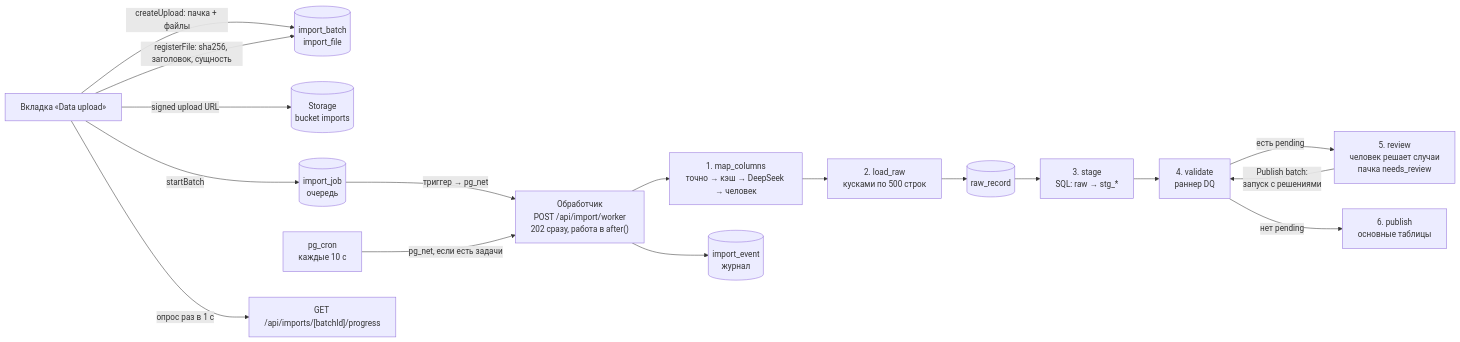
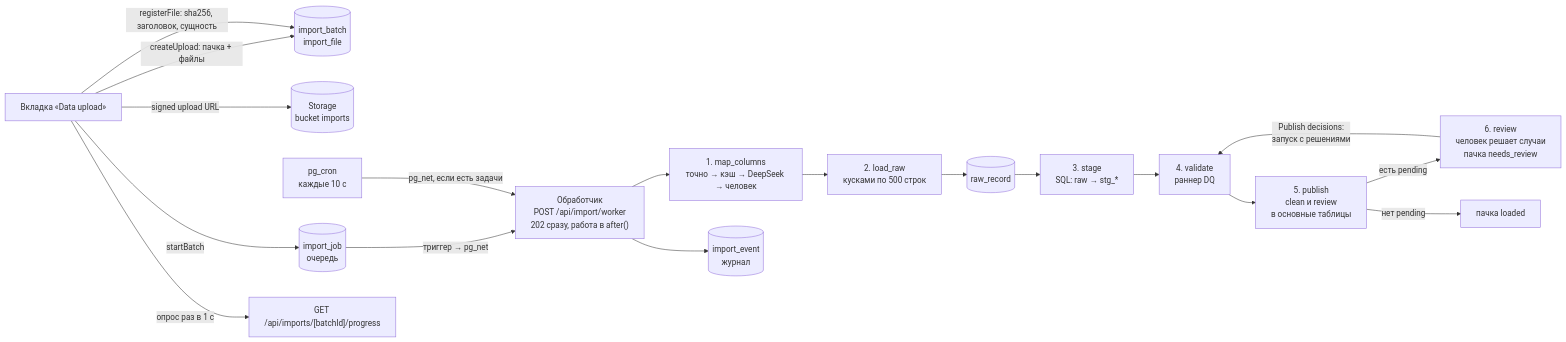
One commit to ProjectINT/business-system changed the diagram in docs/IMPORT_PLAN.md. Above: the diagram before and after it, drawn with Mermaid. The commit also changed other lines of this file and 24 other files, not shown here.

First line of the commit message:
🗃️ Init database schema

````diff
--- a/docs/IMPORT_PLAN.md
+++ b/docs/IMPORT_PLAN.md
@@ -33,19 +34,20 @@
 ```mermaid
 flowchart LR
   UI["Вкладка «Data upload»"] -->|"createUpload: пачка + файлы"| F[("import_batch<br/>import_file")]
   UI -->|"signed upload URL"| ST[("Storage<br/>bucket imports")]
   UI -->|"registerFile: sha256, заголовок, сущность"| F
   UI -->|"startBatch"| J[("import_job<br/>очередь")]
   J -->|"триггер → pg_net"| W["Обработчик<br/>POST /api/import/worker<br/>202 сразу, работа в after()"]
   CRON["pg_cron<br/>каждые 10 с"] -->|"pg_net, если есть задачи"| W
   W --> MAP["1. map_columns<br/>точно → кэш → DeepSeek → человек"]
   MAP --> RAW["2. load_raw<br/>кусками по 500 строк"]
   RAW --> RR[("raw_record")]
   RR --> STG["3. stage<br/>SQL: raw → stg_*"]
   STG --> VAL["4. validate<br/>раннер DQ"]
-  VAL -->|"есть pending"| REV["5. review<br/>человек решает случаи<br/>пачка needs_review"]
-  REV -->|"Publish batch:<br/>запуск с решениями"| VAL
-  VAL -->|"нет pending"| PUB["6. publish<br/>основные таблицы"]
+  VAL --> PUB["5. publish<br/>clean и review<br/>в основные таблицы"]
+  PUB -->|"есть pending"| REV["6. review<br/>человек решает случаи<br/>пачка needs_review"]
+  REV -->|"Publish decisions:<br/>запуск с решениями"| VAL
+  PUB -->|"нет pending"| DONE["пачка loaded"]
   W --> EV[("import_event<br/>журнал")]
   UI -->|"опрос раз в 1 с"| P["GET /api/imports/[batchId]/progress"]
 ```
````
